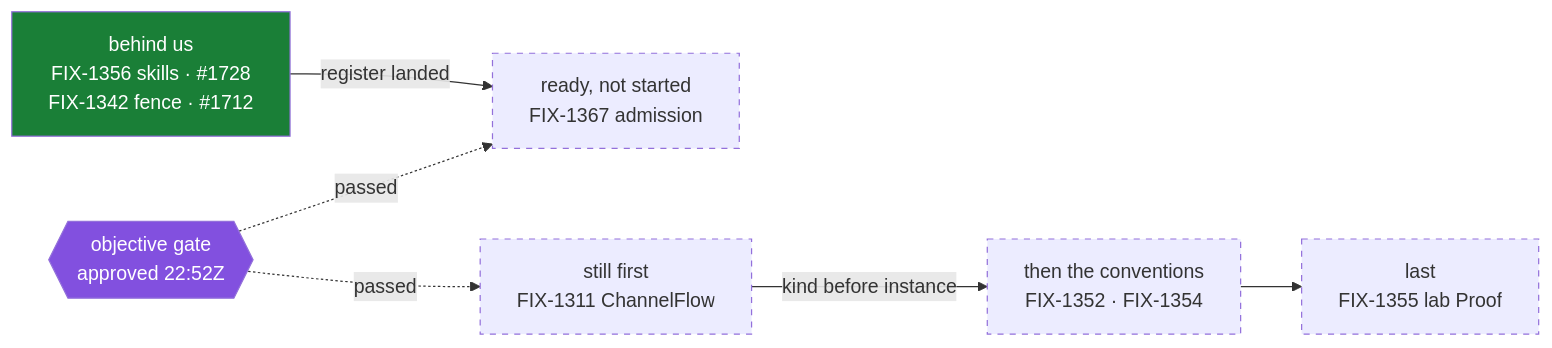
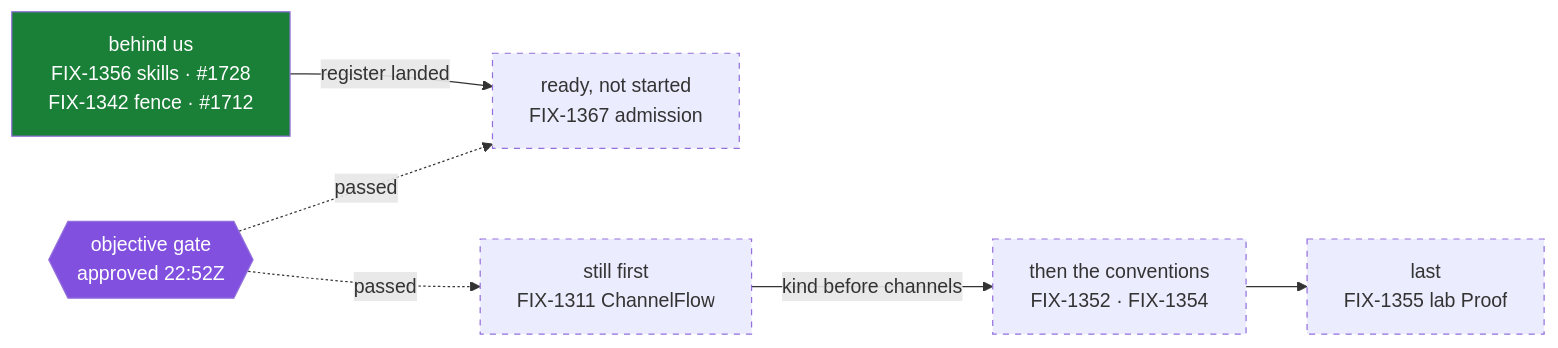
The fourth of 4 diagrams in spec/_epics/file-convention-surface.explainer.md (fixpoint-labs/flow-state-dev), drawn with Mermaid before and after one commit. The commit also changed other lines of this file and 1 other file, not shown here.

````diff
--- a/spec/_epics/file-convention-surface.explainer.md
+++ b/spec/_epics/file-convention-surface.explainer.md
@@ -86,20 +89,20 @@
 ```mermaid
 flowchart LR
   A["behind us<br/>FIX-1356 skills · #1728<br/>FIX-1342 fence · #1712"]
   B["ready, not started<br/>FIX-1367 admission"]
   G{{"objective gate<br/>approved 22:52Z"}}
   C["still first<br/>FIX-1311 ChannelFlow"]
   D["then the conventions<br/>FIX-1352 · FIX-1354"]
   E["last<br/>FIX-1355 lab Proof"]
   A -->|"register landed"| B
   G -.->|"passed"| B
   G -.->|"passed"| C
-  C -->|"kind before instance"| D
+  C -->|"kind before channels"| D
   D --> E
   classDef shipped fill:#1a7f37,color:#fff
   classDef gate fill:#8250df,color:#fff
   classDef todo stroke-dasharray:5 5
   class A shipped
   class G gate
   class B,C,D,E todo
 ```
````
